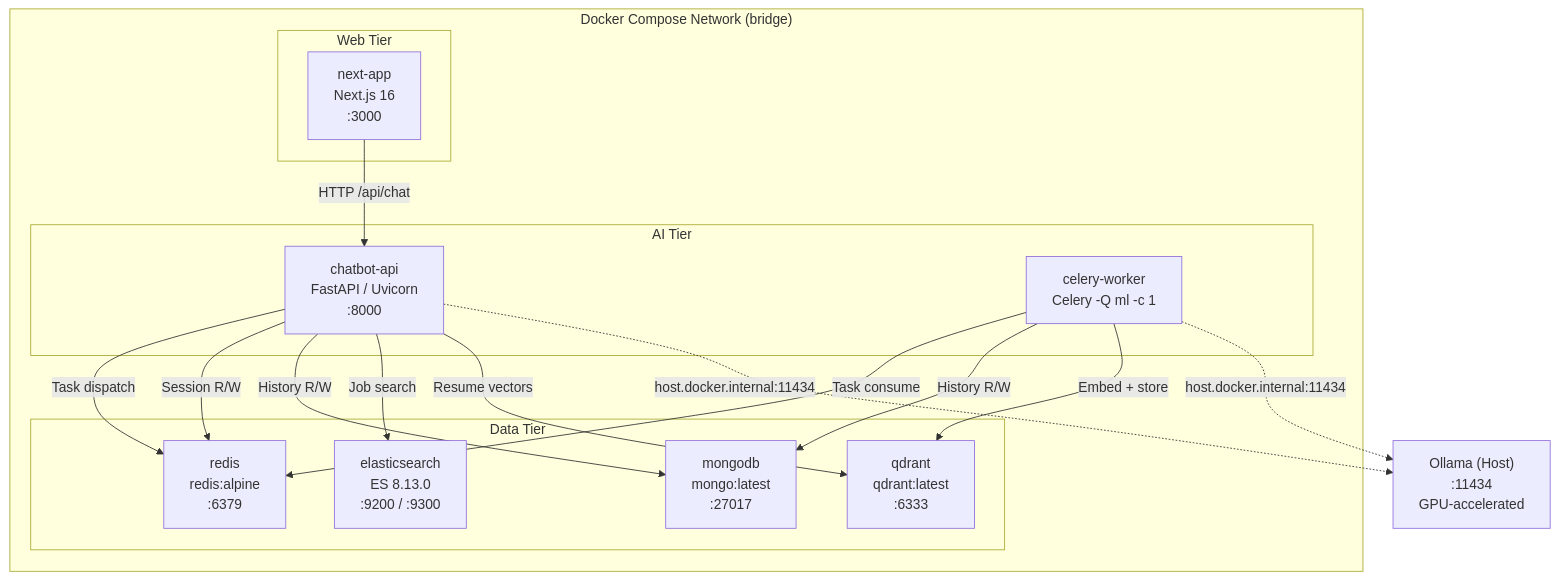
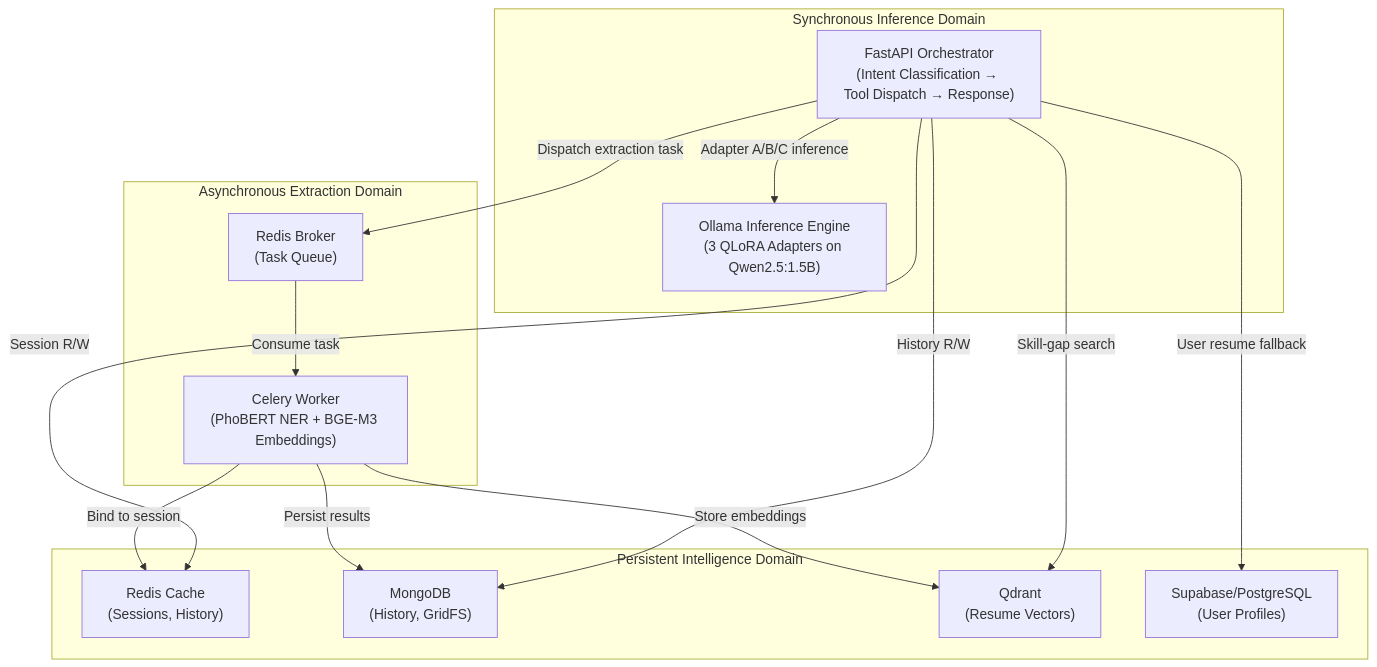
The first of 5 diagrams in chapter_1_thesis_1.md (Vinhnguyen1227/Job-Market-Analytics-Platform), drawn with Mermaid before and after one commit. The commit also changed other lines of this file and 46 other files, not shown here.

````diff
--- a/chapter_1_thesis_1.md
+++ b/chapter_1_thesis_1.md
@@ -42,34 +42,30 @@
 ```mermaid
-graph TB
-    subgraph "Docker Compose Network (bridge)"
-        subgraph "Web Tier"
-            NEXT["next-app<br/>Next.js 16<br/>:3000"]
-        end
-
-        subgraph "AI Tier"
-            API["chatbot-api<br/>FastAPI / Uvicorn<br/>:8000"]
-            CELERY["celery-worker<br/>Celery -Q ml -c 1"]
-        end
-
-        subgraph "Data Tier"
-            REDIS["redis<br/>redis:alpine<br/>:6379"]
-            MONGO["mongodb<br/>mongo:latest<br/>:27017"]
-            ES["elasticsearch<br/>ES 8.13.0<br/>:9200 / :9300"]
-            QDRANT["qdrant<br/>qdrant:latest<br/>:6333"]
-        end
+flowchart TB
+    subgraph "Synchronous Inference Domain"
+        ORCH["FastAPI Orchestrator<br>(Intent Classification → Tool Dispatch → Response)"]
+        OLLAMA["Ollama Inference Engine<br>(3 QLoRA Adapters on Qwen2.5:1.5B)"]
     end
 
-    HOST["Ollama (Host)<br/>:11434<br/>GPU-accelerated"]
+    subgraph "Asynchronous Extraction Domain"
+        BROKER["Redis Broker<br>(Task Queue)"]
+        WORKER["Celery Worker<br>(PhoBERT NER + BGE-M3 Embeddings)"]
+    end
 
-    NEXT -->|"HTTP /api/chat"| API
-    API -->|"Task dispatch"| REDIS
-    CELERY -->|"Task consume"| REDIS
-    API -->|"Session R/W"| REDIS
-    API -->|"History R/W"| MONGO
-    CELERY -->|"History R/W"| MONGO
-    API -->|"Job search"| ES
-    API -->|"Resume vectors"| QDRANT
-    CELERY -->|"Embed + store"| QDRANT
-    API -.->|"host.docker.internal:11434"| HOST
-    CELERY -.->|"host.docker.internal:11434"| HOST
+    subgraph "Persistent Intelligence Domain"
+        REDIS["Redis Cache<br>(Sessions, History)"]
+        MONGO["MongoDB<br>(History, GridFS)"]
+        QDRANT["Qdrant<br>(Resume Vectors)"]
+        SUPA["Supabase/PostgreSQL<br>(User Profiles)"]
+    end
+
+    ORCH -->|"Adapter A/B/C inference"| OLLAMA
+    ORCH -->|"Dispatch extraction task"| BROKER
+    BROKER -->|"Consume task"| WORKER
+    WORKER -->|"Store embeddings"| QDRANT
+    WORKER -->|"Persist results"| MONGO
+    WORKER -->|"Bind to session"| REDIS
+    ORCH -->|"Session R/W"| REDIS
+    ORCH -->|"History R/W"| MONGO
+    ORCH -->|"Skill-gap search"| QDRANT
+    ORCH -->|"User resume fallback"| SUPA
 ```
````
